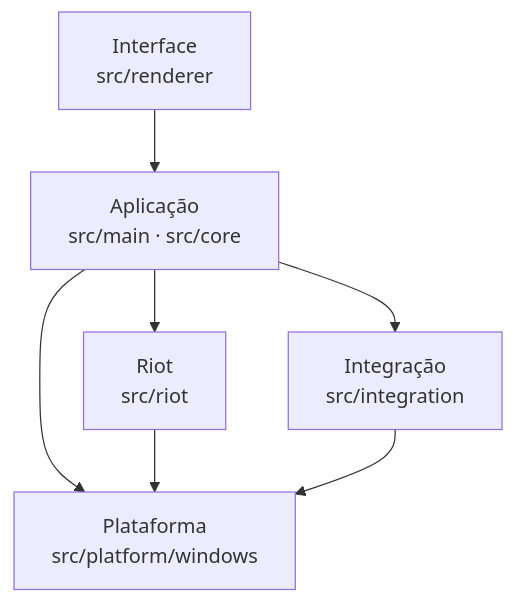
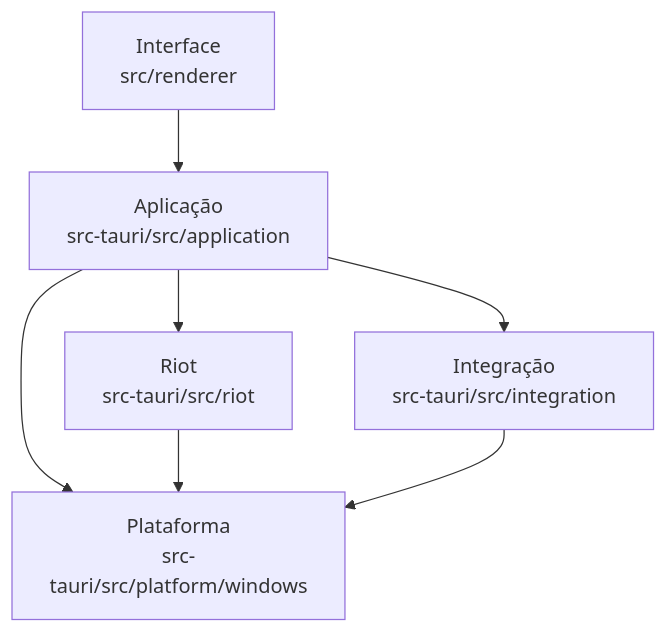
Before and after one commit to arthurmchd/eclipse: the second of 2 diagrams in docs/02 Arquitetura/Arquitetura.md, drawn with Mermaid. The commit also changed other lines of this file and 36 other files, not shown here.

````diff
--- a/docs/02 Arquitetura/Arquitetura.md
+++ b/docs/02 Arquitetura/Arquitetura.md
@@ -68,9 +70,9 @@
 ```mermaid
 flowchart TB
-  I["Interface<br/>src/renderer"] --> A["Aplicação<br/>src/main · src/core"]
-  A --> RT["Riot<br/>src/riot"]
-  A --> IN["Integração<br/>src/integration"]
+  I["Interface<br/>src/renderer"] --> A["Aplicação<br/>src-tauri/src/application"]
+  A --> RT["Riot<br/>src-tauri/src/riot"]
+  A --> IN["Integração<br/>src-tauri/src/integration"]
   A --> P
-  RT --> P["Plataforma<br/>src/platform/windows"]
+  RT --> P["Plataforma<br/>src-tauri/src/platform/windows"]
   IN --> P
 ```
````
